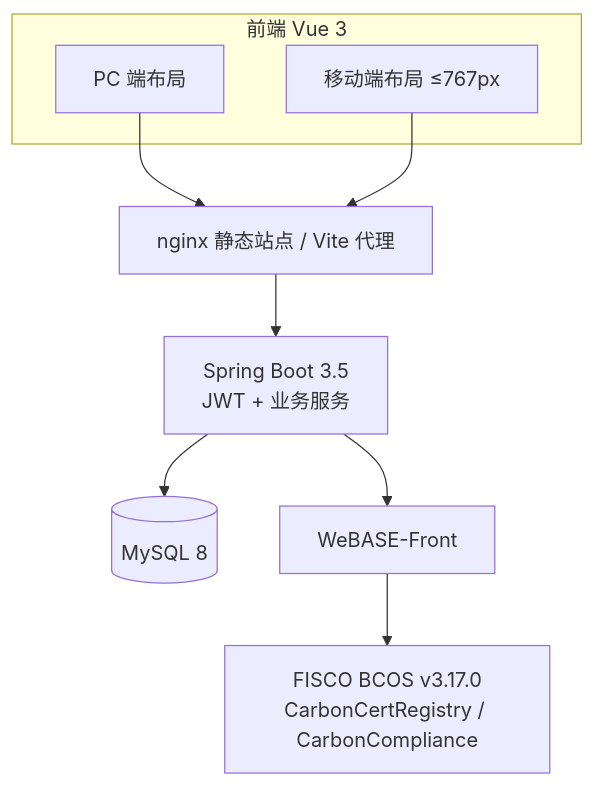
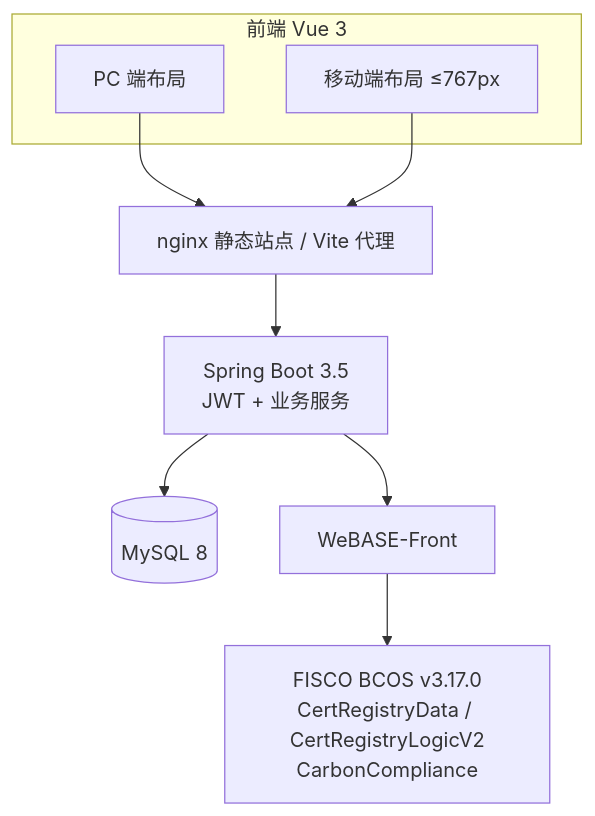
Before and after one commit to hexbode/carbon-trace-blockchain: the second of 2 diagrams in README.md, drawn with Mermaid. The commit also changed other lines of this file and 43 other files, not shown here.

````diff
--- a/README.md
+++ b/README.md
@@ -103,18 +103,18 @@
 ```mermaid
 flowchart TB
     subgraph Client[前端 Vue 3]
         PC[PC 端布局]
         MB[移动端布局 ≤767px]
     end
     NG[nginx 静态站点 / Vite 代理]
     API[Spring Boot 3.5<br/>JWT + 业务服务]
     DB[(MySQL 8)]
     WB[WeBASE-Front]
-    CH[FISCO BCOS v3.17.0<br/>CarbonCertRegistry / CarbonCompliance]
+    CH[FISCO BCOS v3.17.0<br/>CertRegistryData / CertRegistryLogicV2<br/>CarbonCompliance]
 
     PC --> NG
     MB --> NG
     NG --> API
     API --> DB
     API --> WB --> CH
 ```
````
